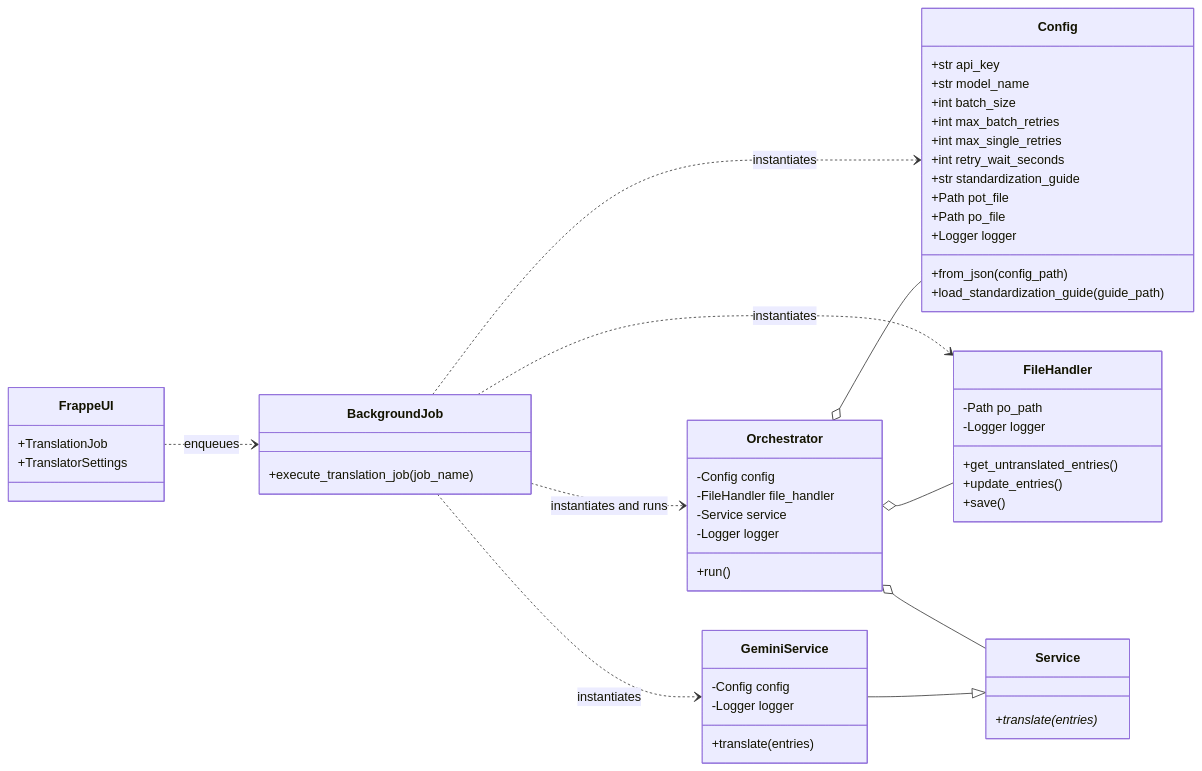
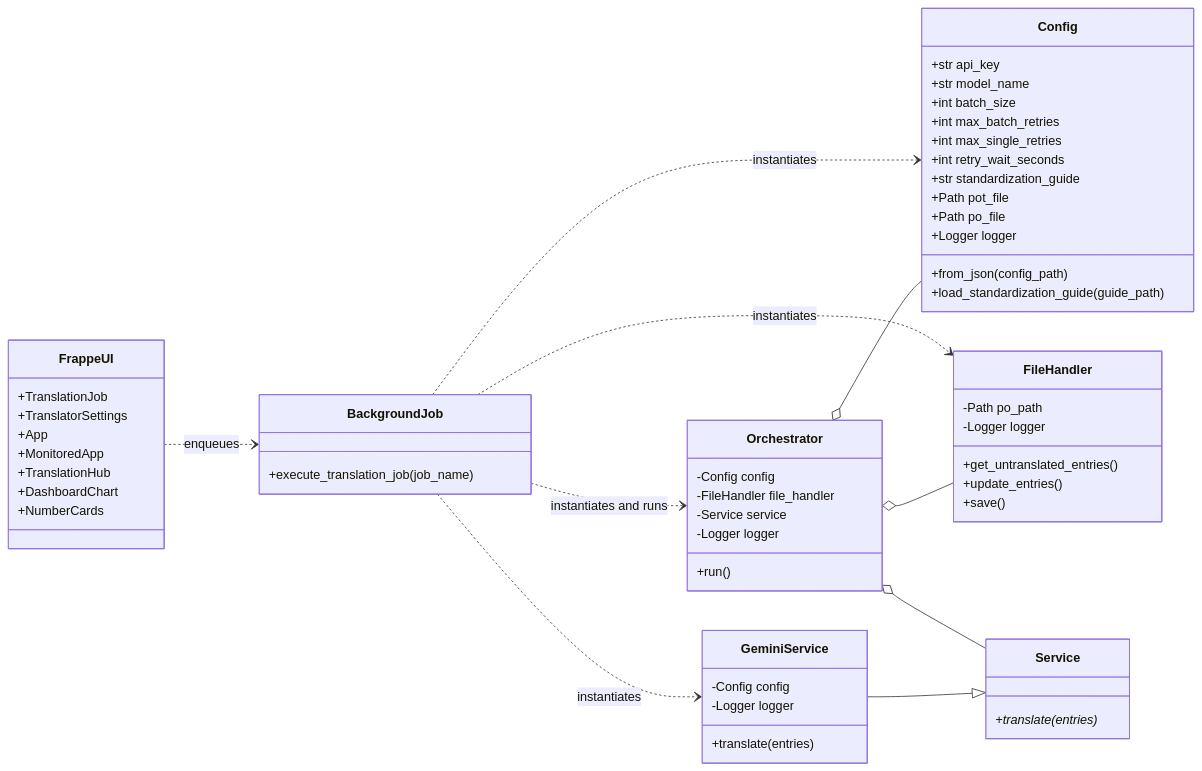
One commit to SebstnRodri/translation_hub changed the first of 3 diagrams in docs/developer_guide/architecture.md. Above: the diagram before and after it, drawn with Mermaid. The commit also changed other lines of this file, not shown here.

First line of the commit message:
docs: complete Frappe components documentation in architecture

````diff
--- a/docs/developer_guide/architecture.md
+++ b/docs/developer_guide/architecture.md
@@ -27,65 +67,70 @@
 ```mermaid
 classDiagram
     direction LR
     class FrappeUI {
         +TranslationJob
         +TranslatorSettings
+        +App
+        +MonitoredApp
+        +TranslationHub
+        +DashboardChart
+        +NumberCards
     }
 
     class BackgroundJob {
         +execute_translation_job(job_name)
     }
 
     class Orchestrator {
         -Config config
         -FileHandler file_handler
         -Service service
         -Logger logger
         +run()
     }
 
     class Config {
         +str api_key
         +str model_name
         +int batch_size
         +int max_batch_retries
         +int max_single_retries
         +int retry_wait_seconds
         +str standardization_guide
         +Path pot_file
         +Path po_file
         +Logger logger
         +from_json(config_path)
         +load_standardization_guide(guide_path)
     }
 
     class FileHandler {
         -Path po_path
         -Logger logger
         +get_untranslated_entries()
         +update_entries()
         +save()
     }
 
     class Service {
         +translate(entries)*
     }
 
     class GeminiService {
         -Config config
         -Logger logger
         +translate(entries)
     }
 
     FrappeUI ..> BackgroundJob : enqueues
     BackgroundJob ..> Orchestrator : instantiates and runs
     BackgroundJob ..> Config : instantiates
     BackgroundJob ..> FileHandler : instantiates
     BackgroundJob ..> GeminiService : instantiates
 
     Orchestrator o-- Config
     Orchestrator o-- FileHandler
     Orchestrator o-- Service
 
     GeminiService --|> Service
 ```
````
